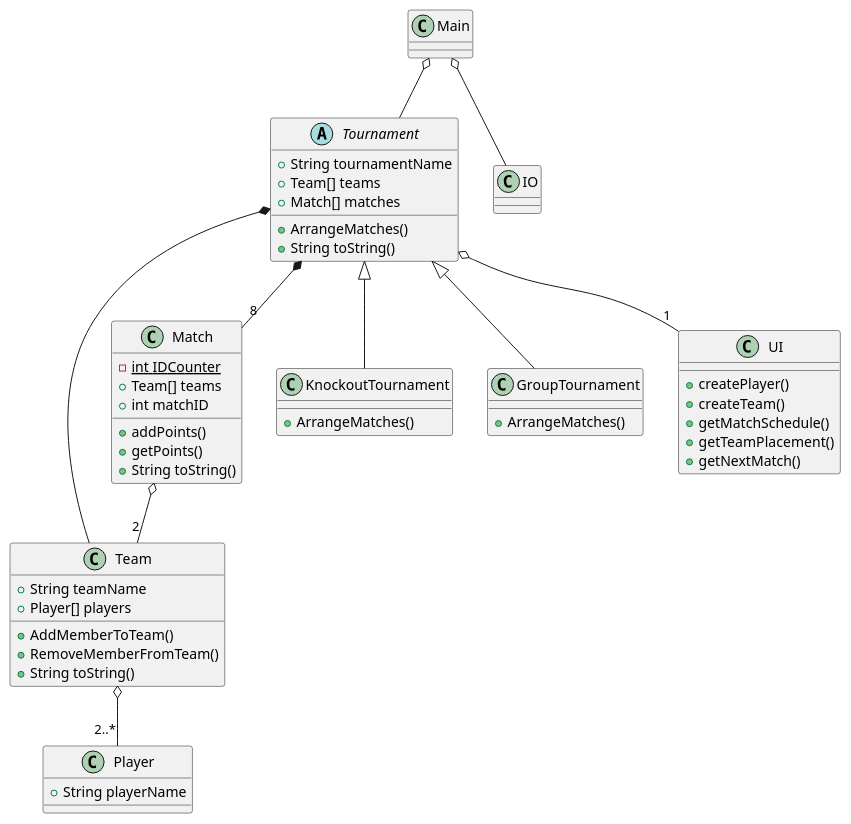
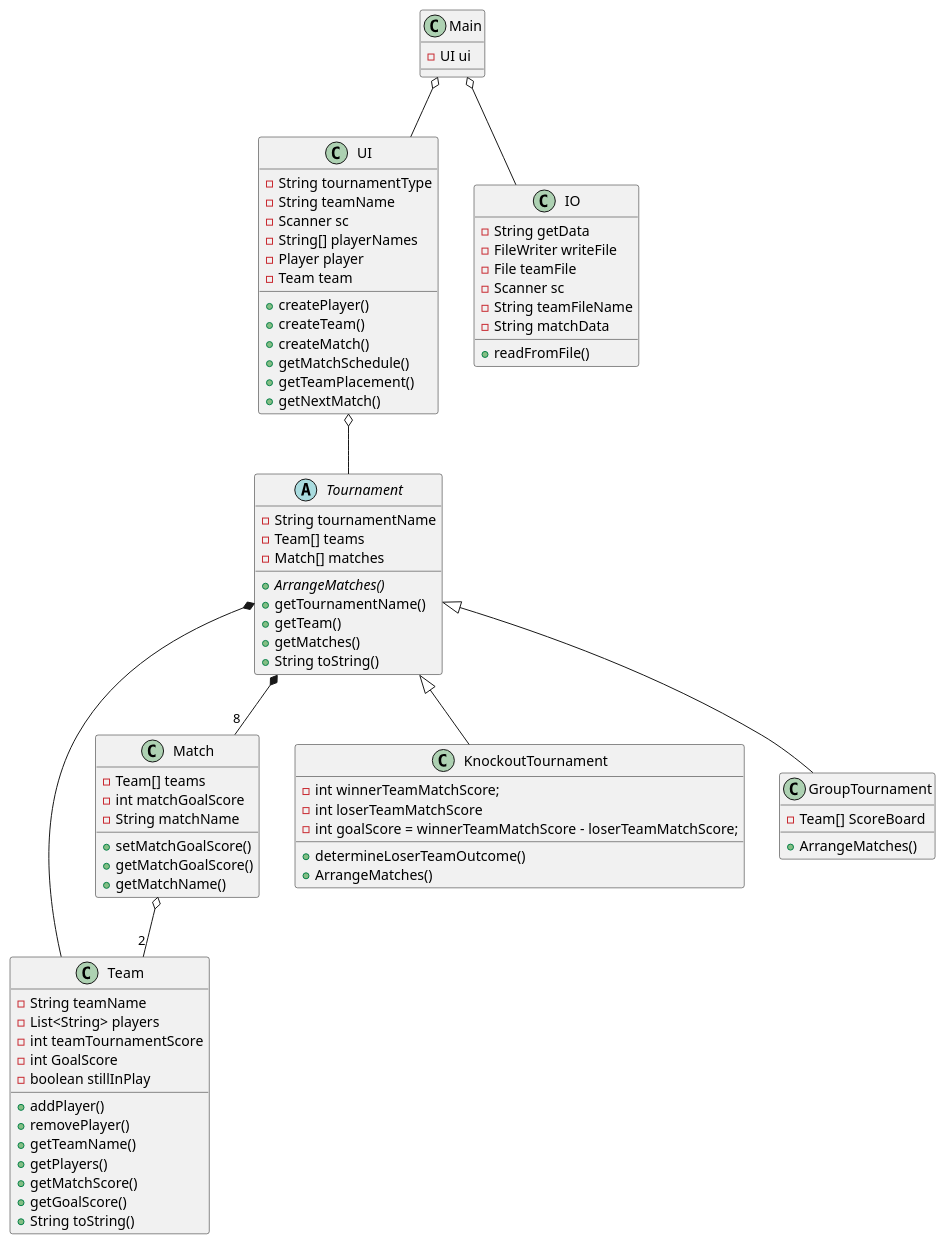
The diagram in doc/Class.puml (DeRp-DaWg/SP3), drawn with PlantUML before and after one commit. The commit also changed 12 other files, not shown here.

```diff
--- a/doc/Class.puml
+++ b/doc/Class.puml
@@ -1,65 +1,90 @@
 @startuml
 'https://plantuml.com/class-diagram
 
-class Player {
-+String playerName
+class Main{
+-UI ui
 }
 
+
 class Team {
-+String teamName
-+Player[] players
-+AddMemberToTeam()
-+RemoveMemberFromTeam()
+-String teamName
+-List<String> players
+-int teamTournamentScore
+-int GoalScore
+-boolean stillInPlay
++addPlayer()
++removePlayer()
++getTeamName()
++getPlayers()
++getMatchScore()
++getGoalScore()
 +String toString()
 }
 
 class Match{
--int {static} IDCounter
-+Team[] teams
-+int matchID
-+addPoints()
-+getPoints()
-+String toString()
+-Team[] teams
+-int matchGoalScore
+-String matchName
++setMatchGoalScore()
++getMatchGoalScore()
++getMatchName()
 }
 
 abstract Tournament {
-+String tournamentName
-+Team[] teams
-+Match[] matches
-+ArrangeMatches()
+-String tournamentName
+-Team[] teams
+-Match[] matches
++{abstract}ArrangeMatches()
++getTournamentName()
++getTeam()
++getMatches()
 +String toString()
 }
 
 class KnockoutTournament{
+-int winnerTeamMatchScore;
+-int loserTeamMatchScore
+-int goalScore = winnerTeamMatchScore - loserTeamMatchScore;
++determineLoserTeamOutcome()
 +ArrangeMatches()
 }
 
 class GroupTournament{
+-Team[] ScoreBoard
 +ArrangeMatches()
 }
 
 class UI {
+-String tournamentType
+-String teamName
+-Scanner sc
+-String[] playerNames
+-Player player
+-Team team
 +createPlayer()
 +createTeam()
++createMatch()
 +getMatchSchedule()
 +getTeamPlacement()
 +getNextMatch()
 }
 
 class IO {
+-String getData
+-FileWriter writeFile
+-File teamFile
+-Scanner sc
+-String teamFileName
+-String matchData
++readFromFile()
 }
 
-class Main{
-}
-
-Main o-- Tournament
+UI o-- Tournament
 Main o-- IO
-Tournament o-- "1" UI
 Tournament *-- "8" Match
 Tournament *-- Team
 Match o-- "2" Team
-Team o-- "2..*" Player
 Tournament <|-- KnockoutTournament
 Tournament <|-- GroupTournament
-
+Main o-- UI
 @enduml
```
